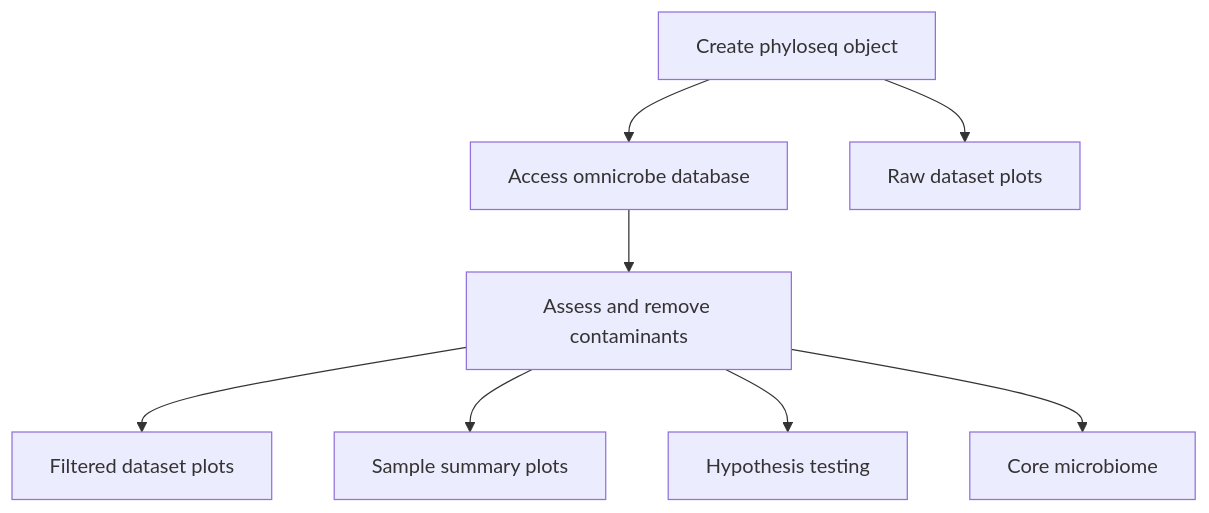
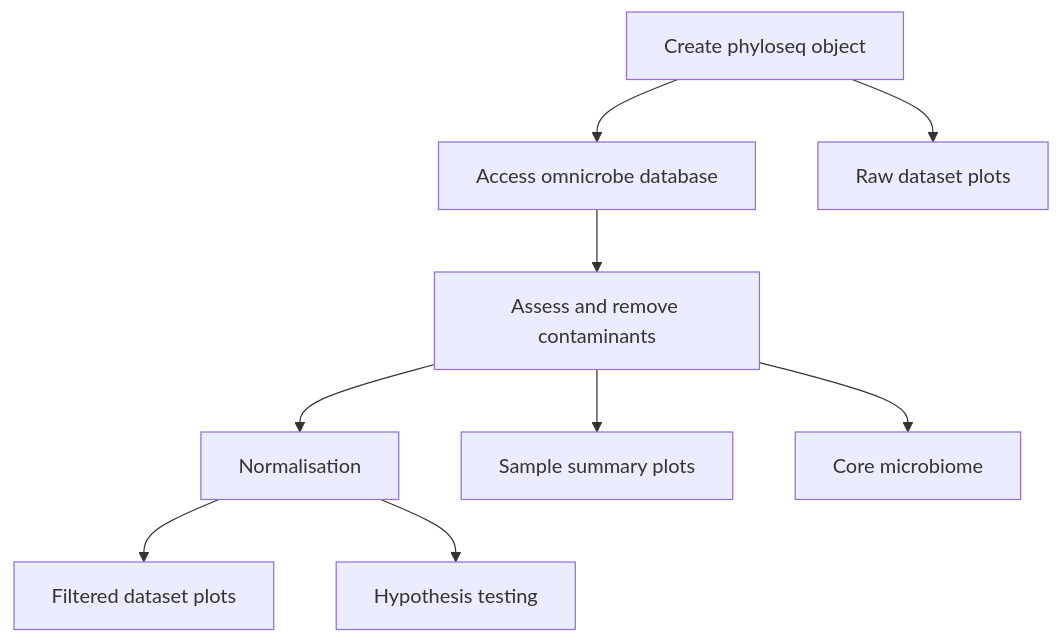
One commit to markella-moraitou/mammalian_oral_microbiome_analysis changed the first of 2 diagrams in README.md. Above: the diagram before and after it, drawn with Mermaid. The commit also changed 3 other files, not shown here.

````diff
--- a/README.md
+++ b/README.md
@@ -2,10 +2,11 @@
 ```mermaid
 flowchart TD;
     A[Create phyloseq object]-->B[Access omnicrobe database];
     A-->C[Raw dataset plots];
     B-->D[Assess and remove contaminants];
-    D-->E[Filtered dataset plots];
+    D-->E[Normalisation];
     D-->F[Sample summary plots];
-    D-->G[Hypothesis testing];
-    D-->H[Core microbiome];
+    E-->G[Filtered dataset plots];
+    E-->H[Hypothesis testing];
+    D-->I[Core microbiome];
 ```
````
